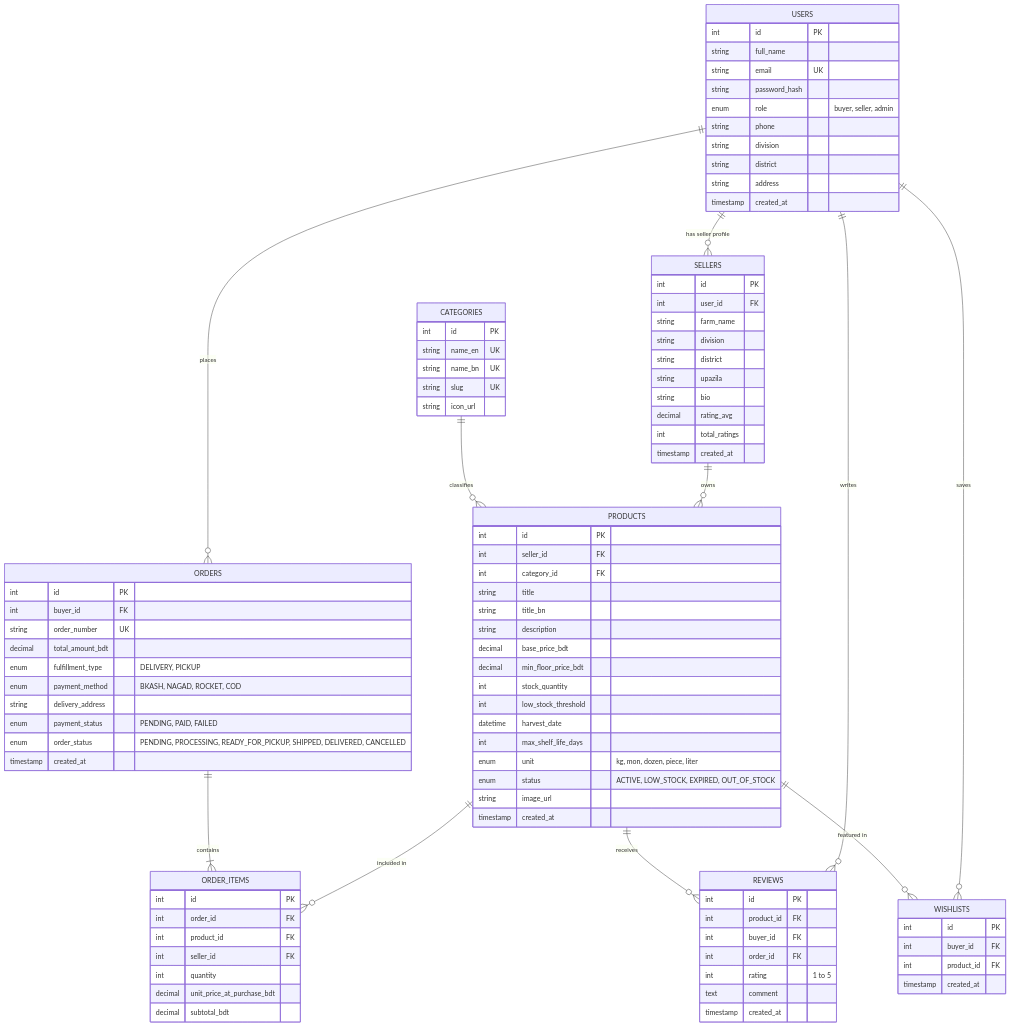
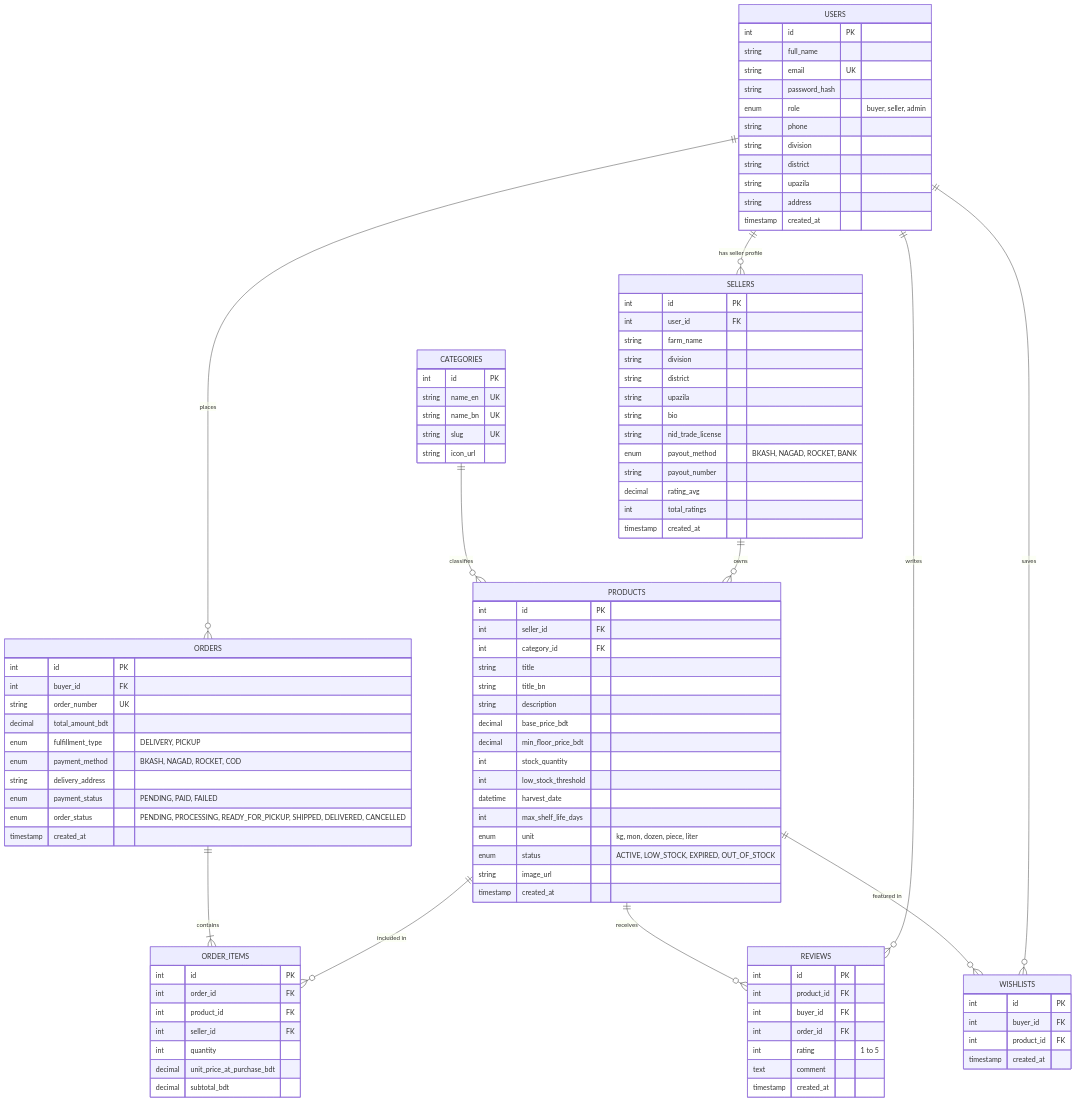
The second of 3 diagrams in SYSTEM_PLAN.md (Redowan-Tanvir-Shifat/AgroMarket), drawn with Mermaid before and after one commit. The commit also changed other lines of this file, not shown here.

Commit message:
docs: expand authentication system specifications with detailed registration fields and update database schema for multi-role users and farmers

```diff
--- a/SYSTEM_PLAN.md
+++ b/SYSTEM_PLAN.md
@@ -284,6 +323,7 @@
         string phone
         string division
         string district
+        string upazila
         string address
         timestamp created_at
     }
@@ -296,6 +336,9 @@
         string district
         string upazila
         string bio
+        string nid_trade_license
+        enum payout_method "BKASH, NAGAD, ROCKET, BANK"
+        string payout_number
         decimal rating_avg
         int total_ratings
         timestamp created_at
```
